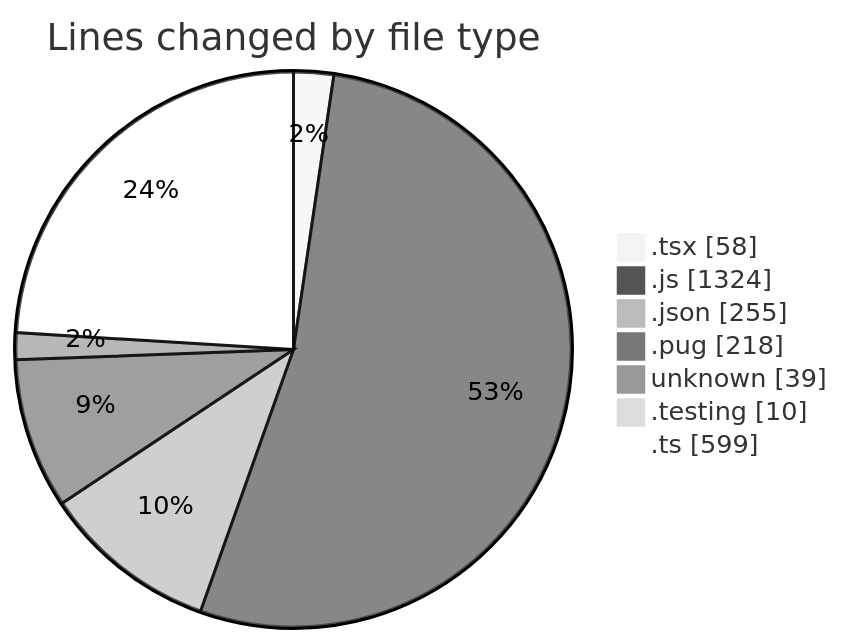
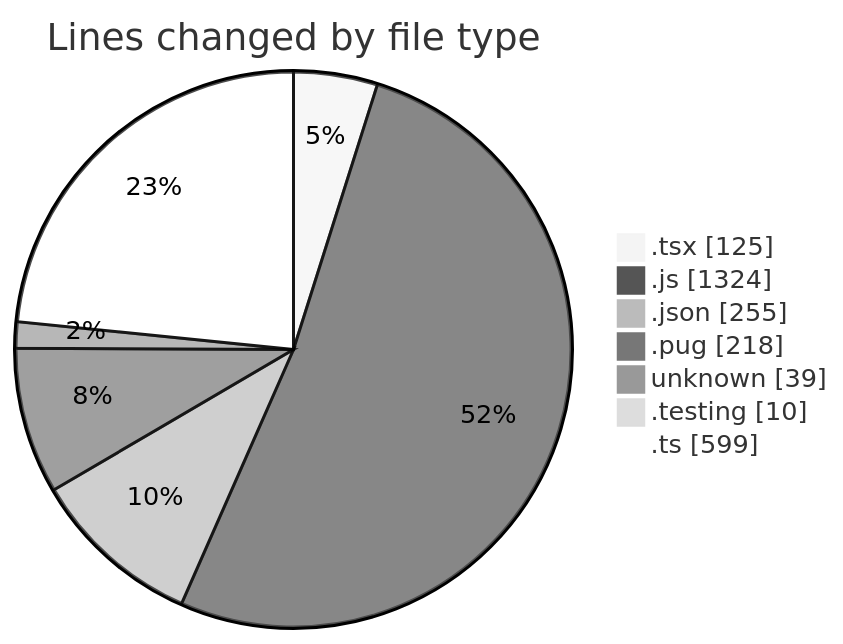
Before and after one commit to momahboobian/code-tracking: the first of 2 diagrams in 2025-03-07/cda/README.md, drawn with Mermaid (neutral theme). The commit also changed other lines of this file and 1 other file, not shown here.

````diff
--- a/2025-03-07/cda/README.md
+++ b/2025-03-07/cda/README.md
@@ -34,11 +35,11 @@
 ```mermaid
 pie showData
 title Lines changed by file type
-".tsx" : 58
+".tsx" : 125
 ".js" : 1324
 ".json" : 255
 ".pug" : 218
 "unknown" : 39
 ".testing" : 10
 ".ts" : 599
 ```
````
